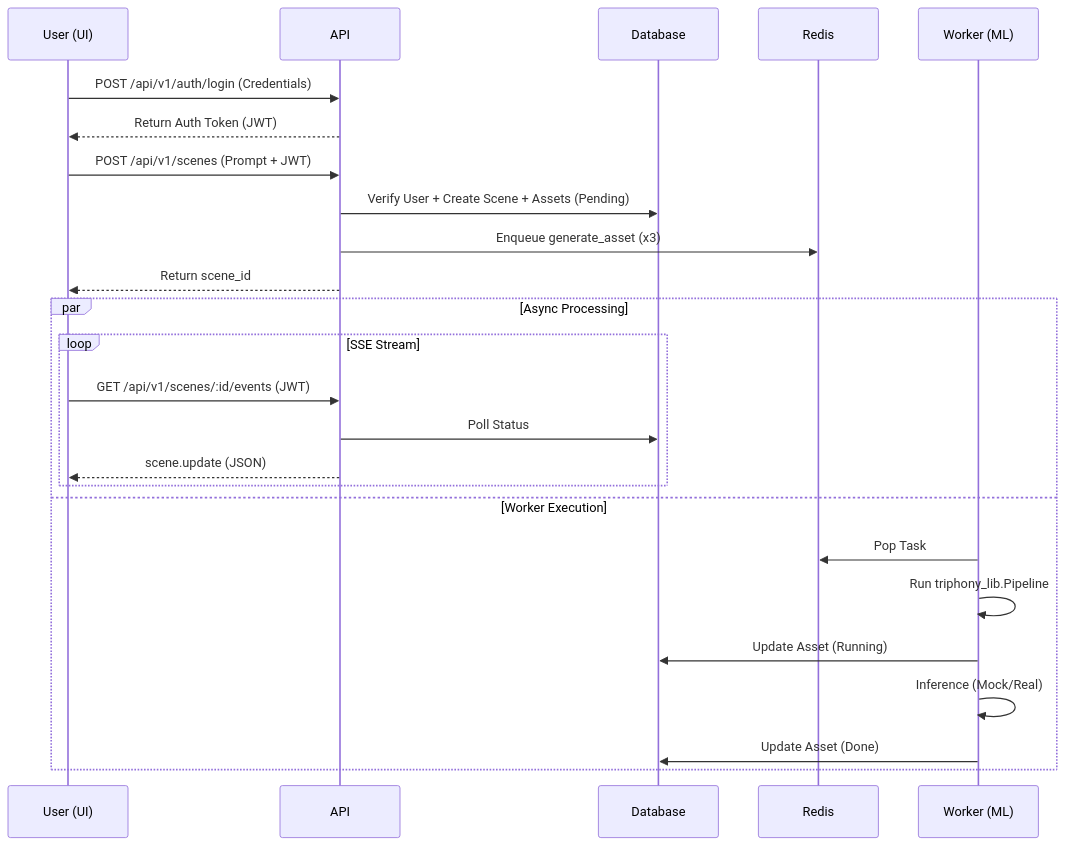
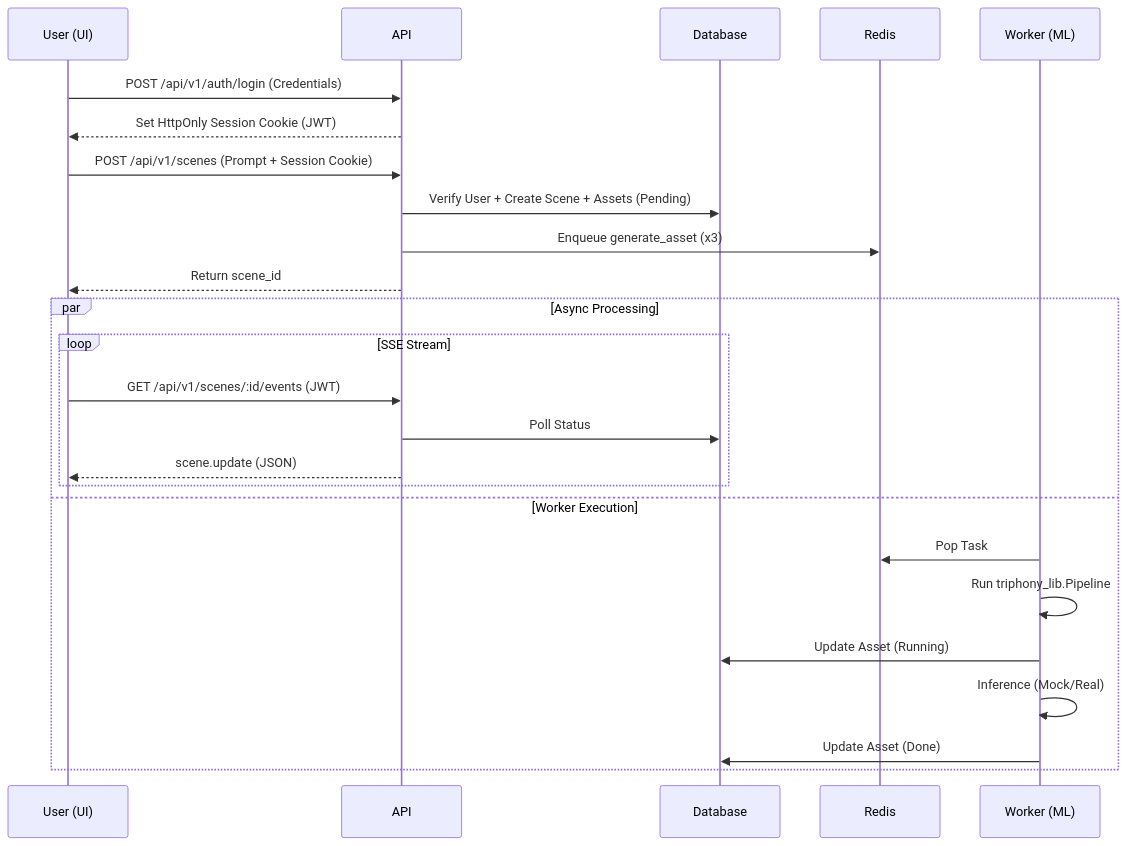
One commit to jordansegoviagonzalez/triphony-ai changed the second of 4 diagrams in docs/architecture.md. Above: the diagram before and after it, drawn with Mermaid. The commit also changed other lines of this file and 83 other files, not shown here.

````diff
--- a/docs/architecture.md
+++ b/docs/architecture.md
@@ -63,30 +63,30 @@
 ```mermaid
 sequenceDiagram
     participant U as User (UI)
     participant A as API
     participant D as Database
     participant R as Redis
     participant W as Worker (ML)
     
     U->>A: POST /api/v1/auth/login (Credentials)
-    A-->>U: Return Auth Token (JWT)
+    A-->>U: Set HttpOnly Session Cookie (JWT)
     
-    U->>A: POST /api/v1/scenes (Prompt + JWT)
+    U->>A: POST /api/v1/scenes (Prompt + Session Cookie)
     A->>D: Verify User + Create Scene + Assets (Pending)
     A->>R: Enqueue generate_asset (x3)
     A-->>U: Return scene_id
     
     par Async Processing
         loop SSE Stream
             U->>A: GET /api/v1/scenes/:id/events (JWT)
             A->>D: Poll Status
             A-->>U: scene.update (JSON)
         end
     and Worker Execution
         W->>R: Pop Task
         W->>W: Run triphony_lib.Pipeline
         W->>D: Update Asset (Running)
         W->>W: Inference (Mock/Real)
         W->>D: Update Asset (Done)
     end
 ```
````
